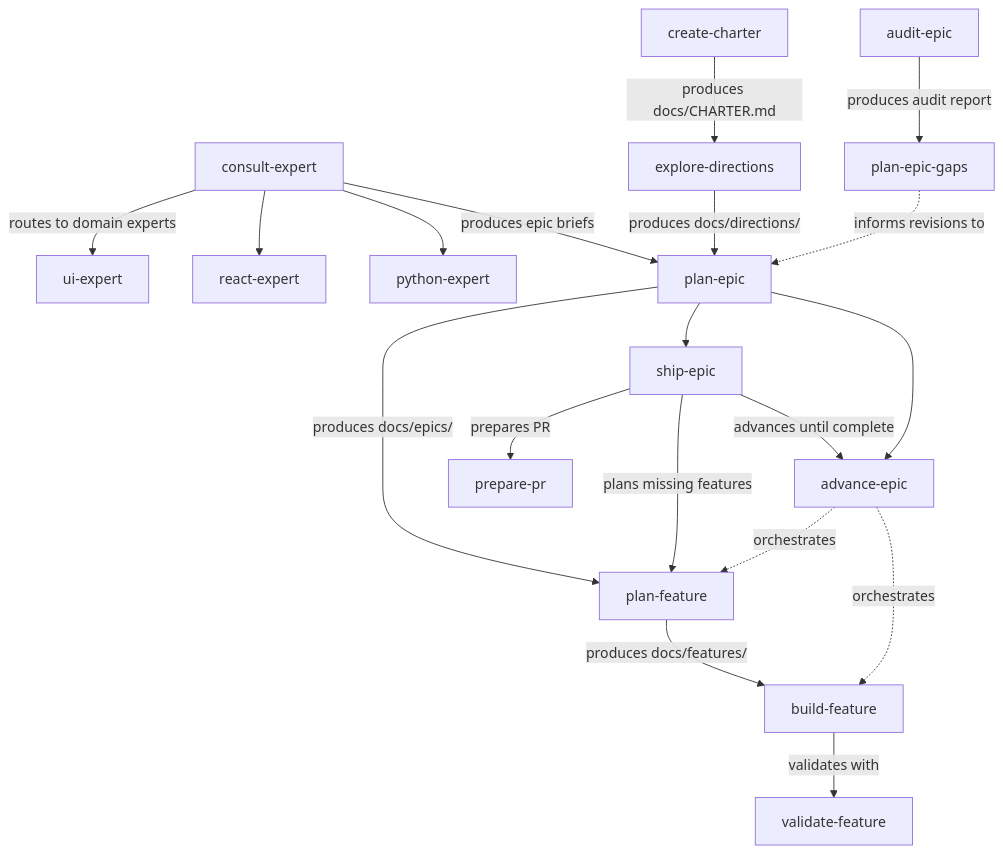
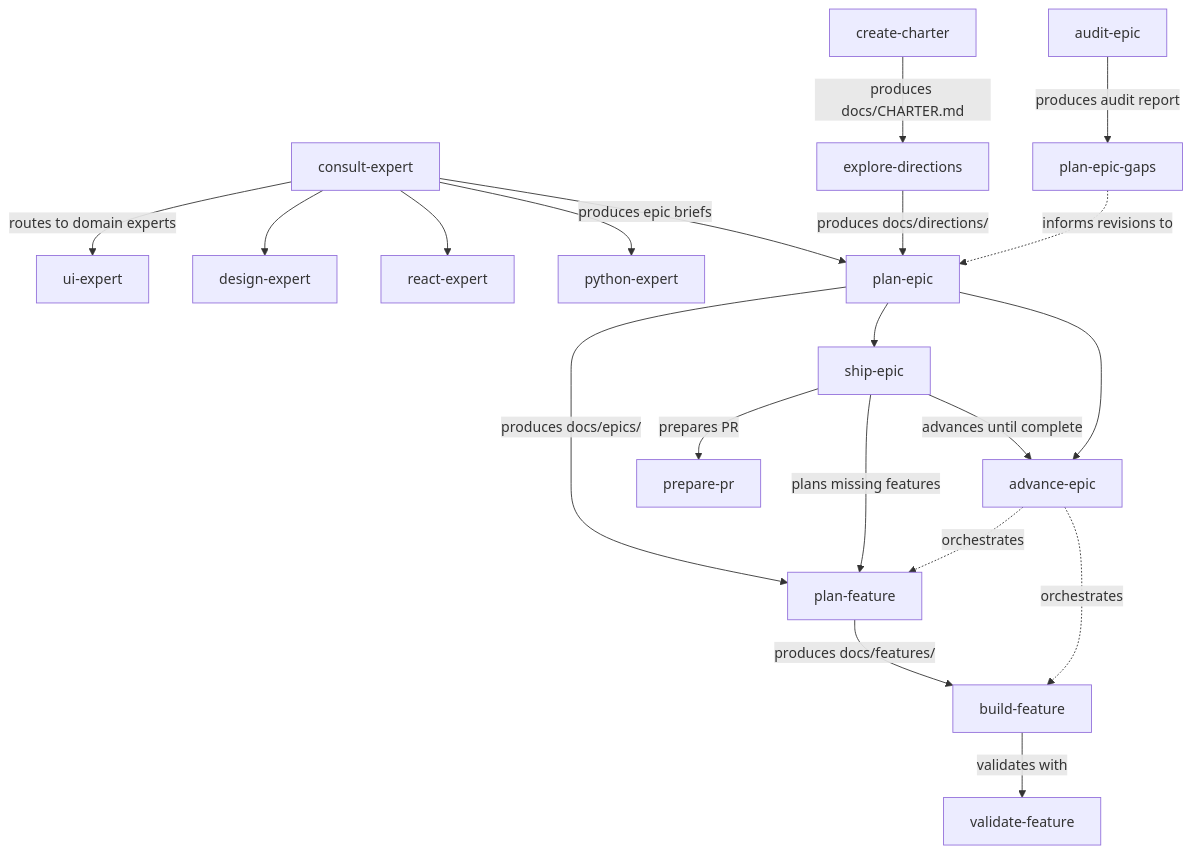
One commit to pnewsam/skills changed the first of 12 diagrams in README.md. Above: the diagram before and after it, drawn with Mermaid. The commit also changed other lines of this file and 29 other files, not shown here.

````diff
--- a/README.md
+++ b/README.md
@@ -13,21 +13,22 @@
 ```mermaid
 flowchart TD
     CE[consult-expert] -->|routes to domain experts| UE[ui-expert]
+    CE --> DX[design-expert]
     CE --> RE[react-expert]
     CE --> PY[python-expert]
     CE -->|produces epic briefs| PE
     CC[create-charter] -->|produces docs/CHARTER.md| ED[explore-directions]
     ED -->|produces docs/directions/| PE[plan-epic]
     PE -->|produces docs/epics/| PF[plan-feature]
     PE --> SP[ship-epic]
     SP -->|plans missing features| PF
     SP -->|advances until complete| AE
     SP -->|prepares PR| PPR[prepare-pr]
     PF -->|produces docs/features/| BF[build-feature]
     BF -->|validates with| VF[validate-feature]
     PE --> AE[advance-epic]
     AE -.->|orchestrates| PF
     AE -.->|orchestrates| BF
     AE2[audit-epic] -->|produces audit report| PEG[plan-epic-gaps]
     PEG -.->|informs revisions to| PE
 ```
````
